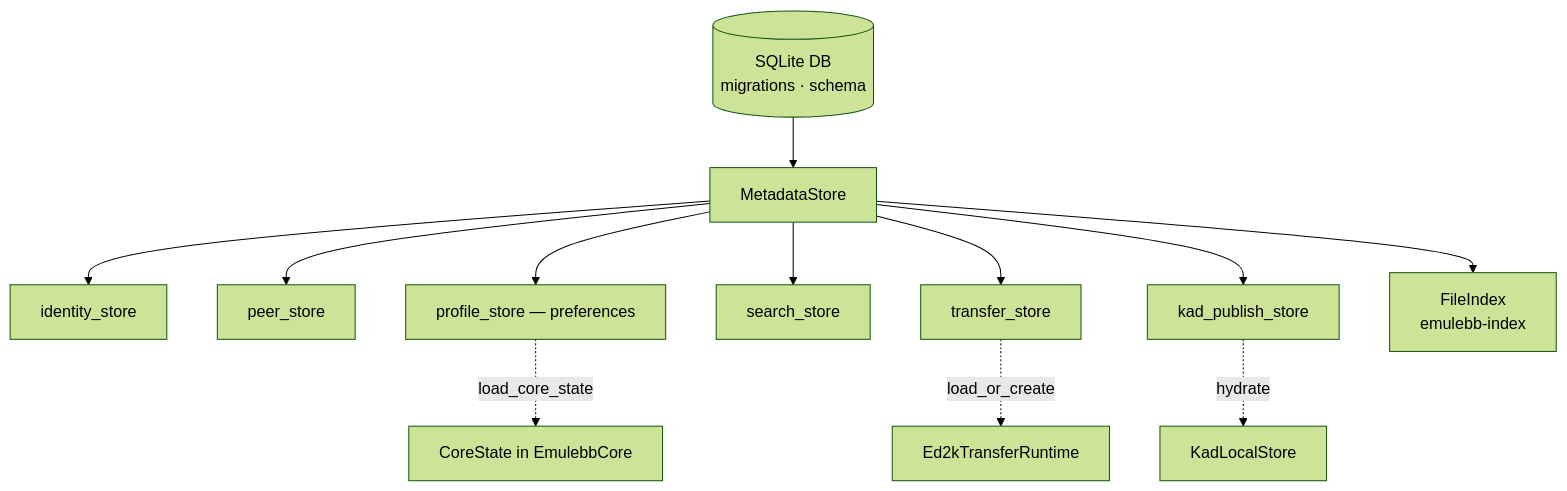
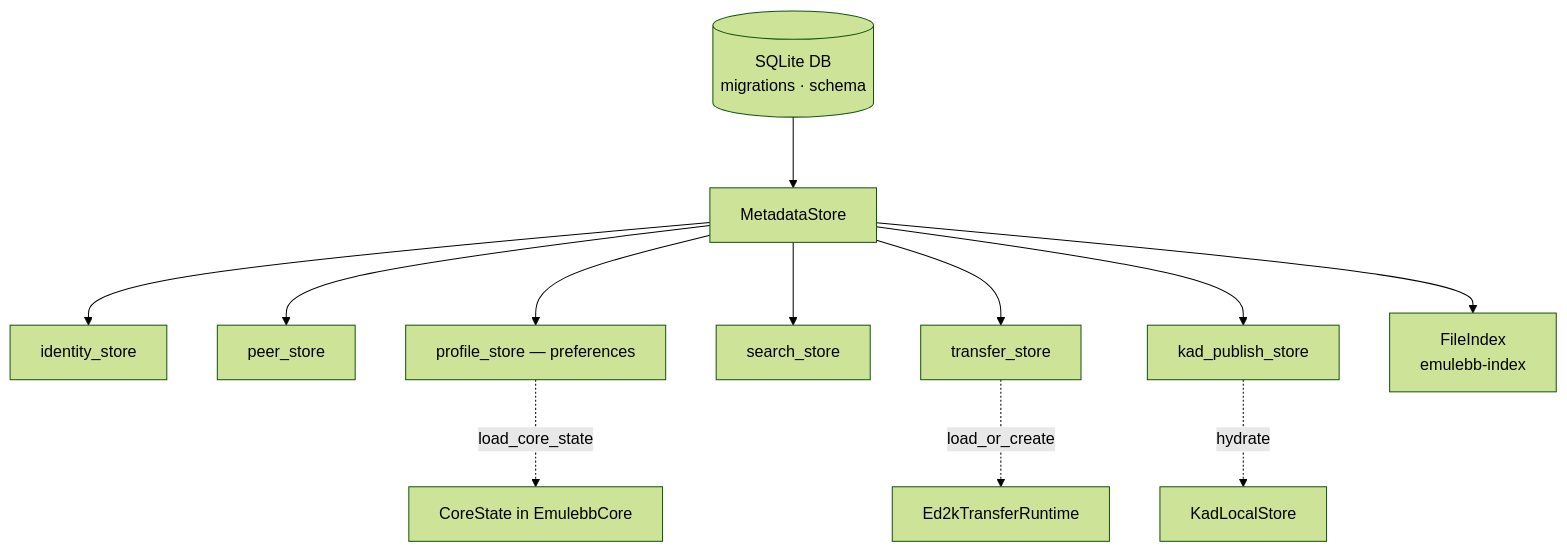
The fifth of 5 diagrams in docs/design/architecture.md (emulebb/emulebb-rust), drawn with Mermaid (forest theme) before and after one commit. The commit also changed other lines of this file, not shown here.

First line of the commit message:
docs: improve mermaid layout — taller, less crowded

````diff
--- a/docs/design/architecture.md
+++ b/docs/design/architecture.md
@@ -292,15 +264,16 @@
 ```mermaid
+%%{init: {'flowchart': {'nodeSpacing': 50, 'rankSpacing': 70}}}%%
 graph TD
     db[(SQLite DB<br/>migrations · schema)] --> store[MetadataStore]
     store --> id[identity_store]
     store --> peer[peer_store]
     store --> prof[profile_store — preferences]
     store --> srch[search_store]
     store --> xfer[transfer_store]
     store --> kpub[kad_publish_store]
 
     store --> fileidx[FileIndex<br/>emulebb-index]
     prof -.->|load_core_state| corestate[CoreState in EmulebbCore]
     xfer -.->|load_or_create| trt[Ed2kTransferRuntime]
     kpub -.->|hydrate| kls[KadLocalStore]
 ```
````
